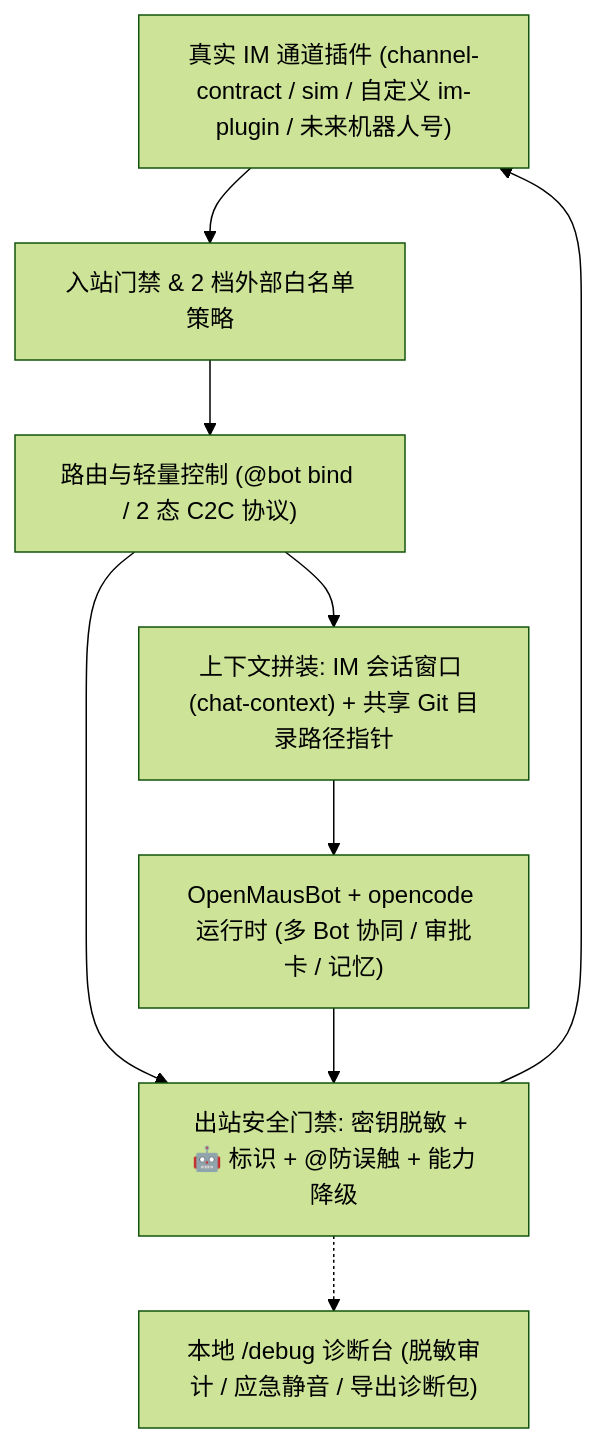
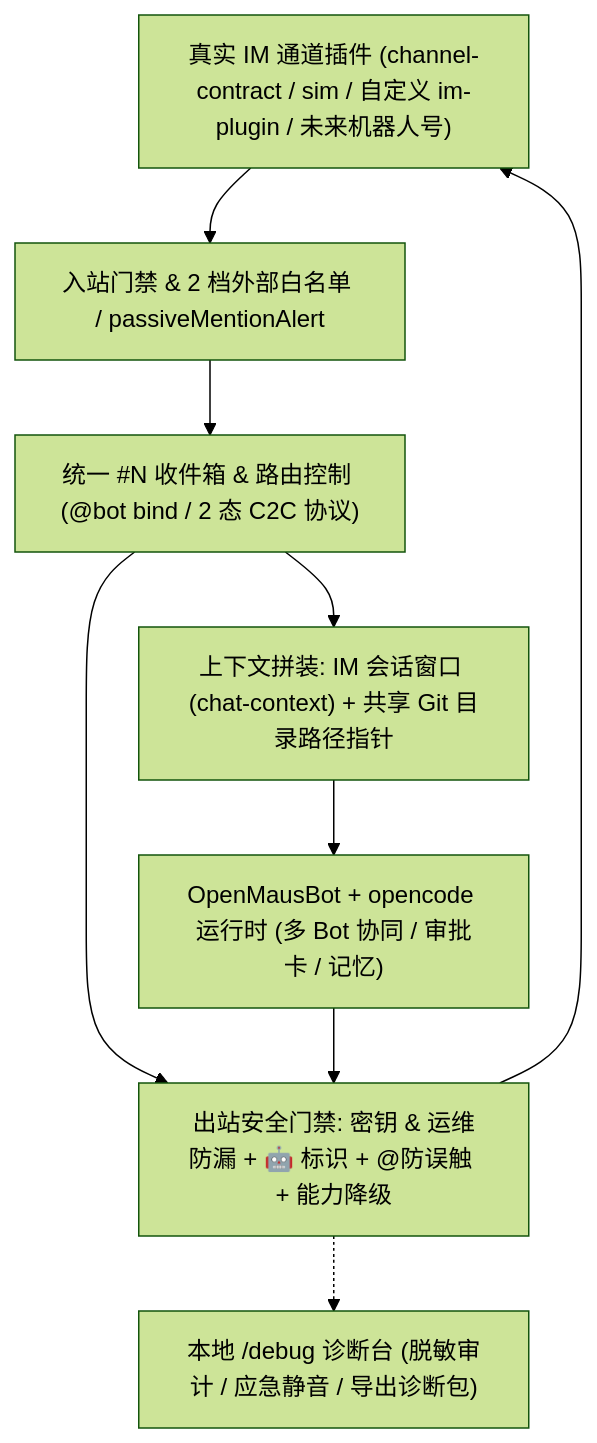
Before and after one commit to penclipai/co-bot: the diagram in docs/ROADMAP.md, drawn with Mermaid (forest theme). The commit also changed other lines of this file and 5 other files, not shown here.

````diff
--- a/docs/ROADMAP.md
+++ b/docs/ROADMAP.md
@@ -30,10 +30,10 @@
 ```mermaid
 flowchart TB
-  IM["真实 IM 通道插件 (channel-contract / sim / 自定义 im-plugin / 未来机器人号)"] --> Inbound["入站门禁 & 2 档外部白名单策略"]
-  Inbound --> Router["路由与轻量控制 (@bot bind / 2 态 C2C 协议)"]
+  IM["真实 IM 通道插件 (channel-contract / sim / 自定义 im-plugin / 未来机器人号)"] --> Inbound["入站门禁 & 2 档外部白名单 / passiveMentionAlert"]
+  Inbound --> Router["统一 #N 收件箱 & 路由控制 (@bot bind / 2 态 C2C 协议)"]
   Router --> Context["上下文拼装: IM 会话窗口 (chat-context) + 共享 Git 目录路径指针"]
-  Router --> Guard["出站安全门禁: 密钥脱敏 + 🤖 标识 + @防误触 + 能力降级"]
+  Router --> Guard["出站安全门禁: 密钥 & 运维防漏 + 🤖 标识 + @防误触 + 能力降级"]
   Context --> OMB["OpenMausBot + opencode 运行时 (多 Bot 协同 / 审批卡 / 记忆)"]
   OMB --> Guard --> IM
   Guard -.-> Debug["本地 /debug 诊断台 (脱敏审计 / 应急静音 / 导出诊断包)"]
 ```
````
